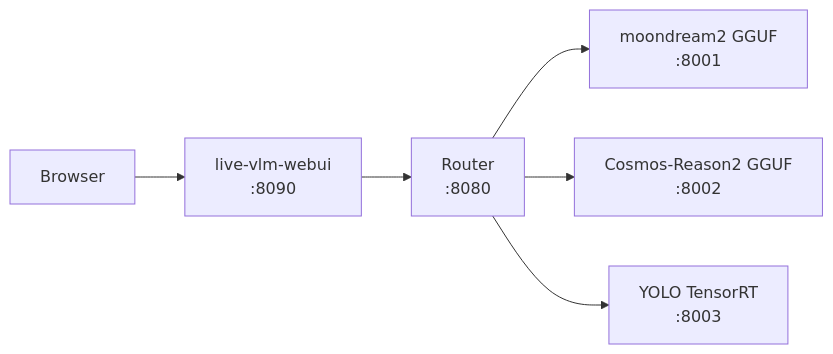
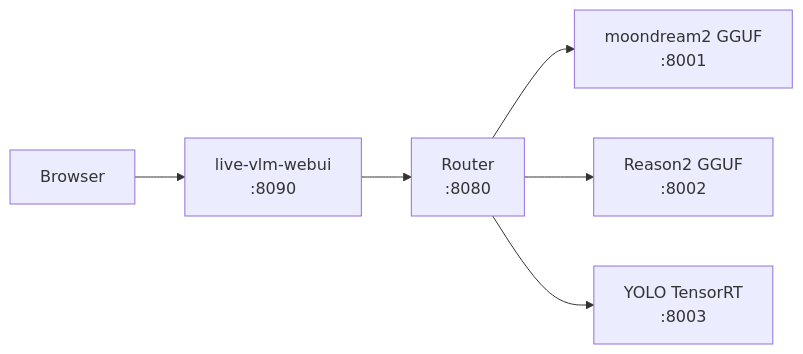
One commit to ccbruce0812/nikko-vlm-webui changed the diagram in readme.md. Above: the diagram before and after it, drawn with Mermaid. The commit also changed other lines of this file and 49 other files, not shown here.

````diff
--- a/readme.md
+++ b/readme.md
@@ -9,14 +9,14 @@
 ```mermaid
 flowchart LR
     Browser["Browser"]
     WebUI["live-vlm-webui<br/>:8090"]
     Router["Router<br/>:8080"]
     Moon["moondream2 GGUF<br/>:8001"]
-    Cosmos["Cosmos-Reason2 GGUF<br/>:8002"]
+    Cosmos["Reason2 GGUF<br/>:8002"]
     YOLO["YOLO TensorRT<br/>:8003"]
 
     Browser --> WebUI --> Router
     Router --> Moon
     Router --> Cosmos
     Router --> YOLO
 ```
````
